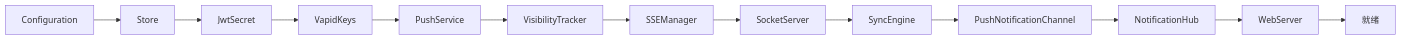
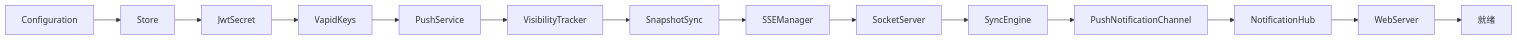
One commit to ModuBit/mobi changed the third of 3 diagrams in docs/architecture/hub/README.md. Above: the diagram before and after it, drawn with Mermaid. The commit also changed other lines of this file and 29 other files, not shown here.

Commit message:
refactor(hub): 快照同步收敛为单一 SnapshotSync module——Assembler（CLI→hub 增量重建）与 Forwarder（SSE 游标路由）职责分散在 sync/sse 两层、组装层需三件套注入，合并为 ingest/subscribe/lease 一体：socket adapter 校验后调 ingest、SSE adapter 过滤后取订阅 handle、CLI 断连走 lease 回收，module 只决定快照内容不做网络发送

````diff
--- a/docs/architecture/hub/README.md
+++ b/docs/architecture/hub/README.md
@@ -124,15 +129,16 @@
 ```mermaid
 flowchart LR
     A[Configuration] --> B[Store]
     B --> C[JwtSecret]
     C --> D[VapidKeys]
     D --> E[PushService]
     E --> F[VisibilityTracker]
-    F --> G[SSEManager]
-    G --> H[SocketServer]
-    H --> I[SyncEngine]
+    F --> G[SnapshotSync]
+    G --> H[SSEManager]
+    H --> S[SocketServer]
+    S --> I[SyncEngine]
     I --> J[PushNotificationChannel]
     J --> K[NotificationHub]
     K --> L[WebServer]
     L --> M[就绪]
 ```
````
